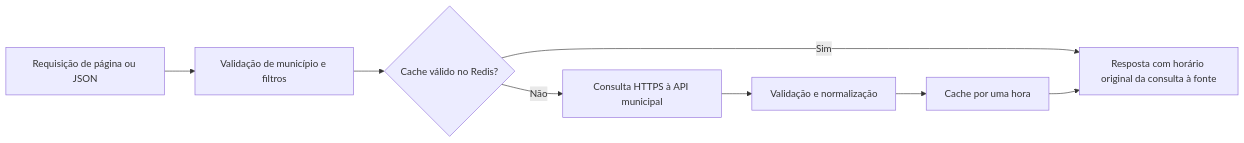
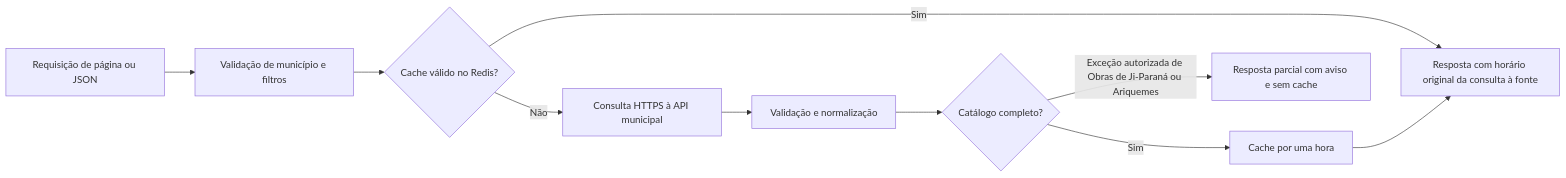
Before and after one commit to santidev95/observatorio-rondonia: the diagram in docs/arquitetura.md, drawn with Mermaid. The commit also changed other lines of this file and 91 other files, not shown here.

First line of the commit message:
v0.4.0: integra Ji-Paraná e Ariquemes (#2)

````diff
--- a/docs/arquitetura.md
+++ b/docs/arquitetura.md
@@ -26,10 +29,12 @@
 ```mermaid
 flowchart LR
   A[Requisição de página ou JSON] --> B[Validação de município e filtros]
   B --> C{Cache válido no Redis?}
   C -->|Sim| E[Resposta com horário original da consulta à fonte]
   C -->|Não| D[Consulta HTTPS à API municipal]
   D --> F[Validação e normalização]
-  F --> G[Cache por uma hora]
+  F --> H{Catálogo completo?}
+  H -->|Sim| G[Cache por uma hora]
+  H -->|Exceção autorizada de Obras de Ji-Paraná ou Ariquemes| I[Resposta parcial com aviso e sem cache]
   G --> E
 ```
````
